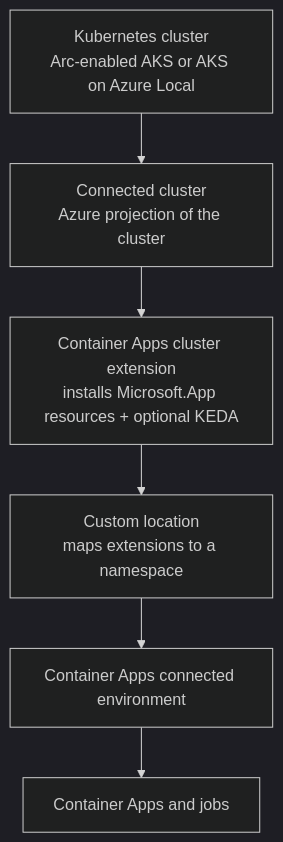
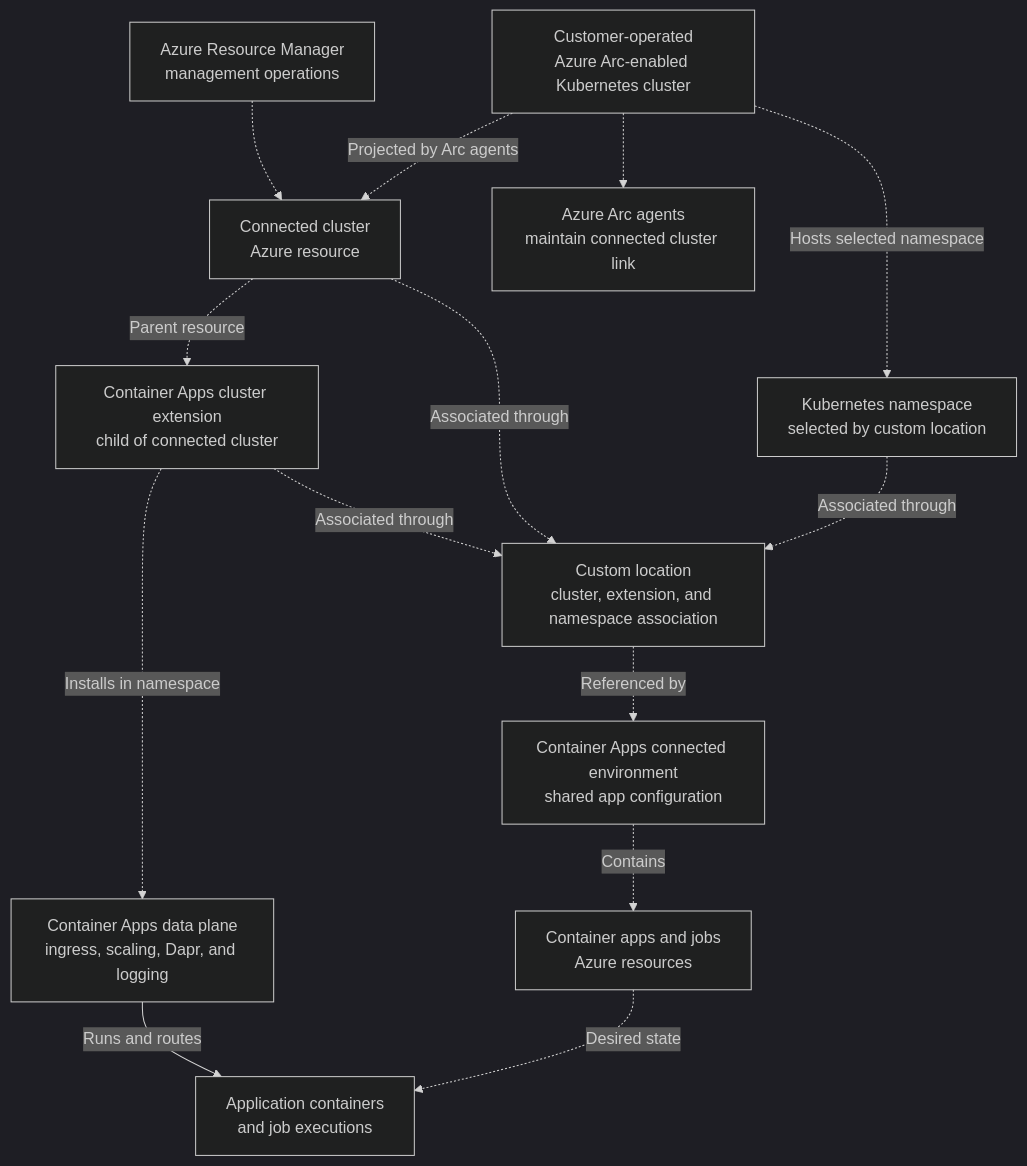
One commit to yeongseon/azure-container-apps-practical-guide changed the diagram in docs/platform/hybrid/connected-environments-arc.md. Above: the diagram before and after it, drawn with Mermaid (dark theme). The commit also changed other lines of this file and 14 other files, not shown here.

Commit message:
docs(diagrams): migrate the Container Apps platform diagrams (#615)

````diff
--- a/docs/platform/hybrid/connected-environments-arc.md
+++ b/docs/platform/hybrid/connected-environments-arc.md
@@ -48,15 +48,32 @@
 ```mermaid
 flowchart TD
-    K8S[Kubernetes cluster<br/>Arc-enabled AKS or AKS on Azure Local]
-    CONNECTED[Connected cluster<br/>Azure projection of the cluster]
-    EXT[Container Apps cluster extension<br/>installs Microsoft.App resources + optional KEDA]
-    LOC[Custom location<br/>maps extensions to a namespace]
-    ENV[Container Apps connected environment]
-    APP[Container Apps and jobs]
+    accTitle: Container Apps connected environment dependency topology
+    accDescr: Azure Arc agents project a supported Kubernetes cluster into Azure as a connected cluster. The Container Apps extension runs data-plane components in the cluster. A custom location associates that cluster, extension, and namespace, and the connected environment references the custom location for apps and jobs.
 
-    K8S --> CONNECTED
-    CONNECTED --> EXT
-    EXT --> LOC
-    LOC --> ENV
-    ENV --> APP
+    AZURE[Azure Resource Manager<br/>management operations]
+    CONNECTED[Connected cluster<br/>Azure resource]
+    EXTENSION[Container Apps cluster extension<br/>child of connected cluster]
+    LOCATION[Custom location<br/>cluster, extension, and namespace association]
+    ENVIRONMENT[Container Apps connected environment<br/>shared app configuration]
+    APPS[Container apps and jobs<br/>Azure resources]
+
+    CLUSTER[Customer-operated<br/>Azure Arc-enabled Kubernetes cluster]
+    NAMESPACE[Kubernetes namespace<br/>selected by custom location]
+    AGENTS[Azure Arc agents<br/>maintain connected cluster link]
+    DATA_PLANE[Container Apps data plane<br/>ingress, scaling, Dapr, and logging]
+    WORKLOADS[Application containers<br/>and job executions]
+
+    AZURE -.-> CONNECTED
+    CLUSTER -.->|Projected by Arc agents| CONNECTED
+    CONNECTED -.->|Parent resource| EXTENSION
+    EXTENSION -.->|Associated through| LOCATION
+    CONNECTED -.->|Associated through| LOCATION
+    NAMESPACE -.->|Associated through| LOCATION
+    LOCATION -.->|Referenced by| ENVIRONMENT
+    ENVIRONMENT -.->|Contains| APPS
+    EXTENSION -.->|Installs in namespace| DATA_PLANE
+    DATA_PLANE -->|Runs and routes| WORKLOADS
+    APPS -.->|Desired state| WORKLOADS
+    CLUSTER -.-> AGENTS
+    CLUSTER -.->|Hosts selected namespace| NAMESPACE
 ```
````
